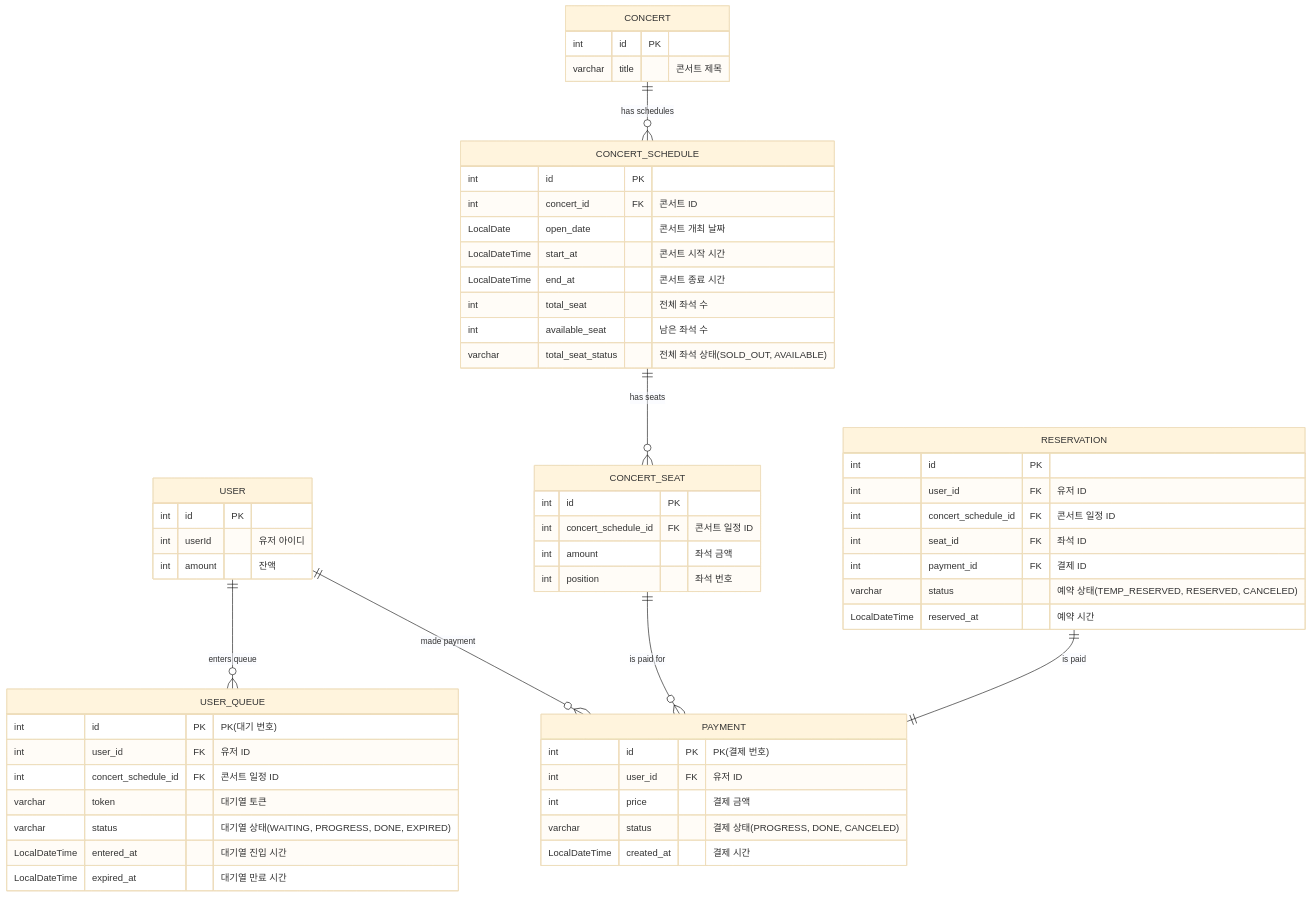
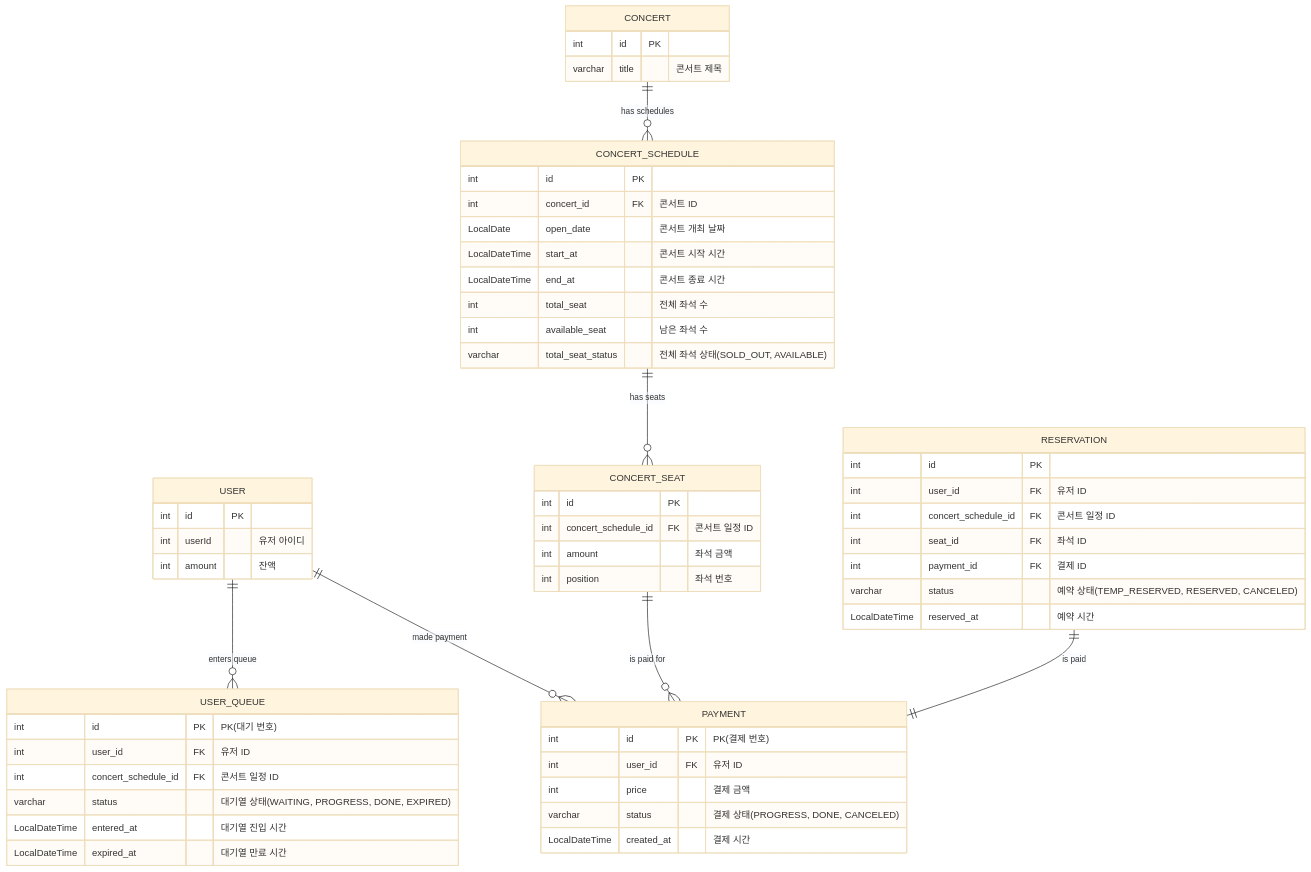
Before and after one commit to leejjo2/hhplus-concert: the diagram in docs/erd.md, drawn with Mermaid (base theme). The commit also changed 1 other file, not shown here.

Commit message:
chore: application.yml 수정

````diff
--- a/docs/erd.md
+++ b/docs/erd.md
@@ -3,66 +3,66 @@
 ```mermaid
 erDiagram
     USER {
         int id PK
         int userId "유저 아이디"
         int amount "잔액"
     }
 
     USER_QUEUE {
         int id PK "PK(대기 번호)"
         int user_id FK "유저 ID"
         int concert_schedule_id FK "콘서트 일정 ID"
-        varchar token "대기열 토큰"
+%%        varchar token "대기열 토큰"
         varchar status "대기열 상태(WAITING, PROGRESS, DONE, EXPIRED)"
         LocalDateTime entered_at "대기열 진입 시간"
         LocalDateTime expired_at "대기열 만료 시간"
     }
 
     PAYMENT {
         int id PK "PK(결제 번호)"
         int user_id FK "유저 ID"
         int price "결제 금액"
         varchar status "결제 상태(PROGRESS, DONE, CANCELED)"
         LocalDateTime created_at "결제 시간"
     }
 
     CONCERT {
         int id PK
         varchar title "콘서트 제목"
     }
 
     CONCERT_SCHEDULE {
         int id PK
         int concert_id FK "콘서트 ID"
         LocalDate open_date "콘서트 개최 날짜"
         LocalDateTime start_at "콘서트 시작 시간"
         LocalDateTime end_at "콘서트 종료 시간"
         int total_seat "전체 좌석 수"
         int available_seat "남은 좌석 수"
         varchar total_seat_status "전체 좌석 상태(SOLD_OUT, AVAILABLE)"
     }
 
     CONCERT_SEAT {
         int id PK
         int concert_schedule_id FK "콘서트 일정 ID"
         int amount "좌석 금액"
         int position "좌석 번호"
     }
 
     RESERVATION {
         int id PK
         int user_id FK "유저 ID"
         int concert_schedule_id FK "콘서트 일정 ID"
         int seat_id FK "좌석 ID"
         int payment_id FK "결제 ID"
         varchar status "예약 상태(TEMP_RESERVED, RESERVED, CANCELED)"
         LocalDateTime reserved_at "예약 시간"
     }
 
     CONCERT ||--o{ CONCERT_SCHEDULE: "has schedules"
     CONCERT_SCHEDULE ||--o{ CONCERT_SEAT: "has seats"
     USER ||--o{ USER_QUEUE: "enters queue"
     USER ||--o{ PAYMENT: "made payment"
     CONCERT_SEAT ||--o{ PAYMENT: "is paid for"
     RESERVATION ||--|| PAYMENT: "is paid"
 ```
````
